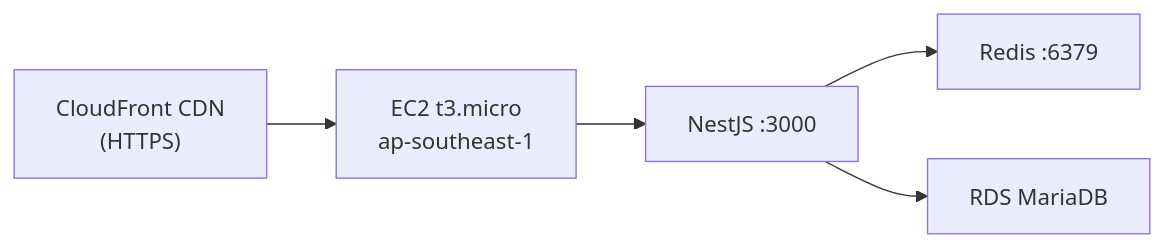
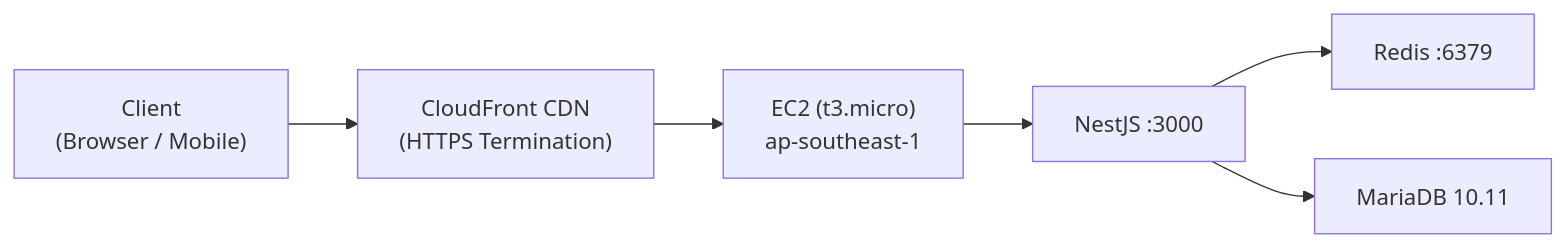
One commit to nurulizyansyaza/personal-task-tracker-api changed the second of 3 diagrams in README.md. Above: the diagram before and after it, drawn with Mermaid. The commit also changed other lines of this file, not shown here.

````diff
--- a/README.md
+++ b/README.md
@@ -114,7 +433,13 @@
 ```mermaid
 flowchart LR
-    CF["CloudFront CDN<br/>(HTTPS)"] --> EC2["EC2 t3.micro<br/>ap-southeast-1"]
-    EC2 --> API["NestJS :3000"]
-    API --> REDIS["Redis :6379"]
-    API --> RDS["RDS MariaDB"]
+ CLIENT["Client\n(Browser / Mobile)"]
+ CF["CloudFront CDN\n(HTTPS Termination)"]
+ EC2["EC2 (t3.micro)\nap-southeast-1"]
+ API["NestJS :3000"]
+ REDIS["Redis :6379"]
+ DB["MariaDB 10.11"]
+
+ CLIENT --> CF --> EC2 --> API
+ API --> REDIS
+ API --> DB
 ```
````
